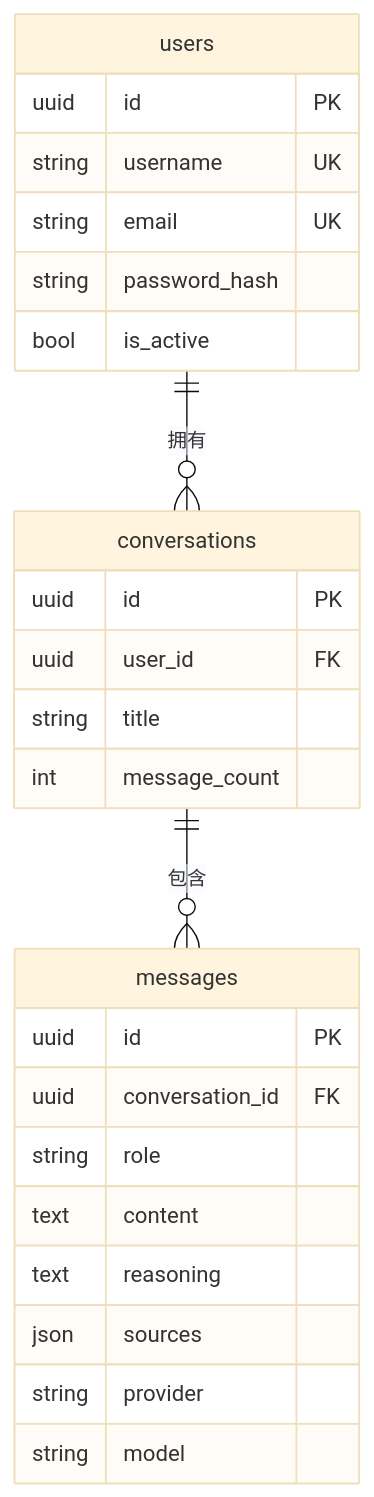
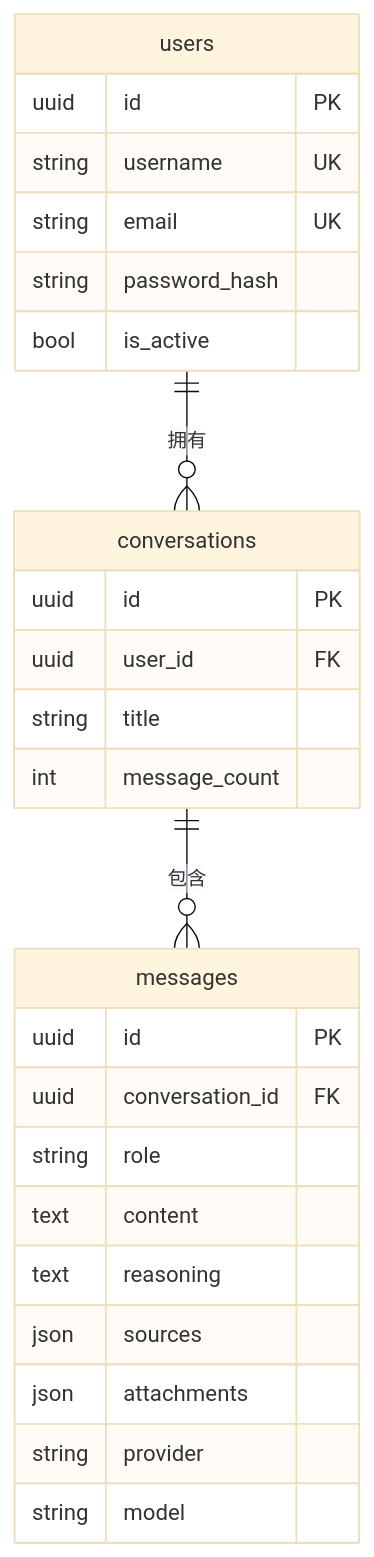
The diagram in docs/database.md (HoarHam/Bidding_QA_Chatbot), drawn with Mermaid (base theme) before and after one commit. The commit also changed other lines of this file and 39 other files, not shown here.

````diff
--- a/docs/database.md
+++ b/docs/database.md
@@ -73,29 +73,30 @@
 ```mermaid
 erDiagram
     users ||--o{ conversations : 拥有
     conversations ||--o{ messages : 包含
 
     users {
         uuid id PK
         string username UK
         string email UK
         string password_hash
         bool is_active
     }
     conversations {
         uuid id PK
         uuid user_id FK
         string title
         int message_count
     }
     messages {
         uuid id PK
         uuid conversation_id FK
         string role
         text content
         text reasoning
         json sources
+        json attachments
         string provider
         string model
     }
 ```
````
